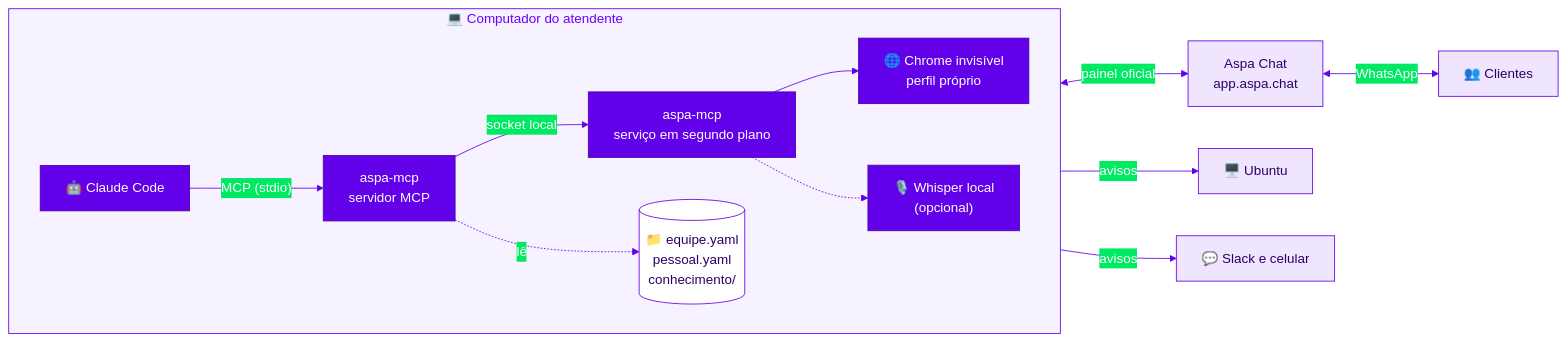
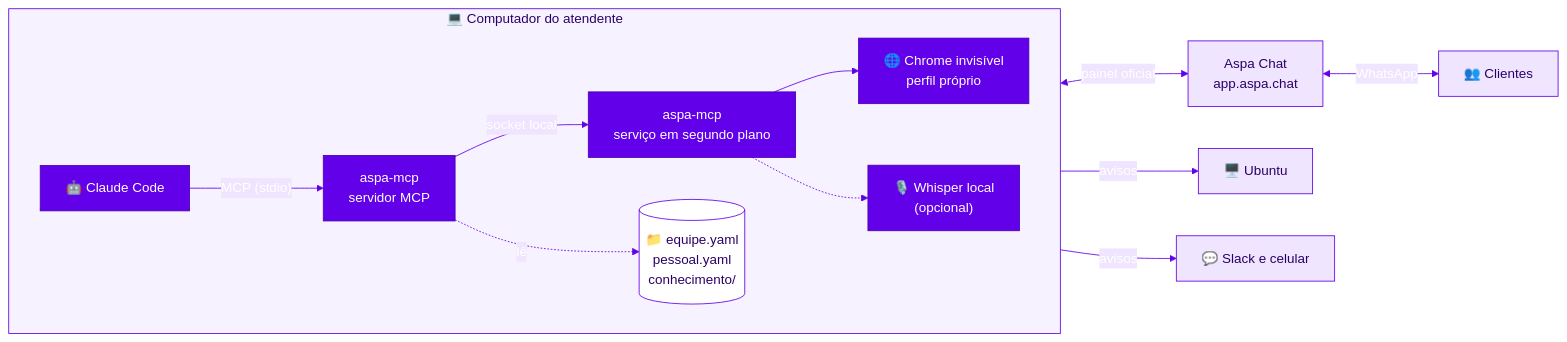
One commit to kbrianps/aspa-mcp changed the first of 2 diagrams in README.md. Above: the diagram before and after it, drawn with Mermaid. The commit also changed other lines of this file, not shown here.

Commit message:
docs: improve diagram contrast in dark mode

````diff
--- a/README.md
+++ b/README.md
@@ -52,21 +52,21 @@
 ```mermaid
-%%{init: {"theme": "base", "themeVariables": {"primaryColor": "#6200E9", "primaryTextColor": "#FFFFFF", "primaryBorderColor": "#4A00B0", "lineColor": "#6200E9", "clusterBkg": "#F7F2FF", "clusterBorder": "#6200E9", "fontFamily": "Inter, Segoe UI, Helvetica, Arial, sans-serif"}}}%%
+%%{init: {"theme": "base", "themeVariables": {"primaryColor": "#6200E9", "primaryTextColor": "#FFFFFF", "primaryBorderColor": "#4A00B0", "lineColor": "#6200E9", "clusterBkg": "#F7F2FF", "clusterBorder": "#6200E9", "edgeLabelBackground": "#EFE5FF", "textColor": "#2B0066", "titleColor": "#2B0066", "fontFamily": "Inter, Segoe UI, Helvetica, Arial, sans-serif"}}}%%
 flowchart LR
     subgraph PC["💻 Computador do atendente"]
         direction LR
         CC["🤖 Claude Code"] -->|"MCP (stdio)"| MCP["aspa-mcp<br/>servidor MCP"]
         MCP -->|"socket local"| D["aspa-mcp<br/>serviço em segundo plano"]
         MCP -.->|"lê"| CFG[("📁 equipe.yaml<br/>pessoal.yaml<br/>conhecimento/")]
         D --> CH["🌐 Chrome invisível<br/>perfil próprio"]
         D -.-> W["🎙️ Whisper local<br/>(opcional)"]
     end
     CH <-->|"painel oficial"| ASPA["Aspa Chat<br/>app.aspa.chat"]
     ASPA <-->|"WhatsApp"| CLI["👥 Clientes"]
     D -->|"avisos"| UB["🖥️ Ubuntu"]
     D -->|"avisos"| SL["💬 Slack e celular"]
 
     classDef ext fill:#EFE5FF,stroke:#6200E9,color:#2B0066
     classDef store fill:#FFFFFF,stroke:#6200E9,color:#2B0066
     class ASPA,CLI,UB,SL ext
     class CFG store
 ```
````
